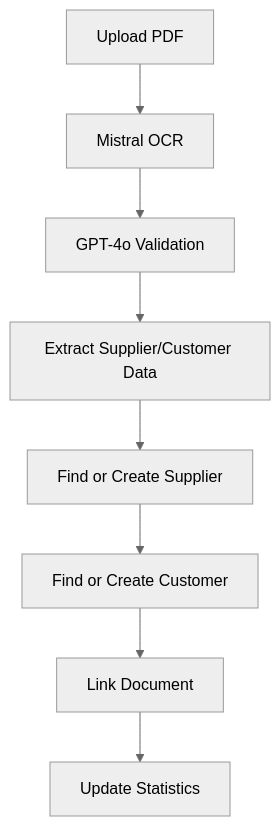
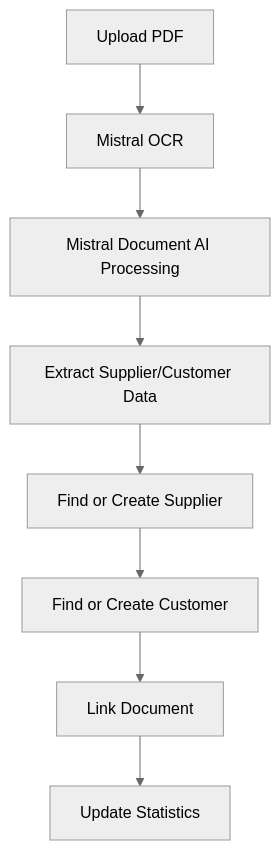
Before and after one commit to DavidDreambular/gestagent: the diagram in docs/SUPPLIERS_CUSTOMERS_SYSTEM.md, drawn with Mermaid (neutral theme). The commit also changed 99 other files, not shown here.

````diff
--- a/docs/SUPPLIERS_CUSTOMERS_SYSTEM.md
+++ b/docs/SUPPLIERS_CUSTOMERS_SYSTEM.md
@@ -191,10 +191,10 @@
 ```mermaid
 graph TD
     A[Upload PDF] --> B[Mistral OCR]
-    B --> C[GPT-4o Validation]
+    B --> C[Mistral Document AI Processing]
     C --> D[Extract Supplier/Customer Data]
     D --> E[Find or Create Supplier]
     E --> F[Find or Create Customer]
     F --> G[Link Document]
     G --> H[Update Statistics]
 ```
````
